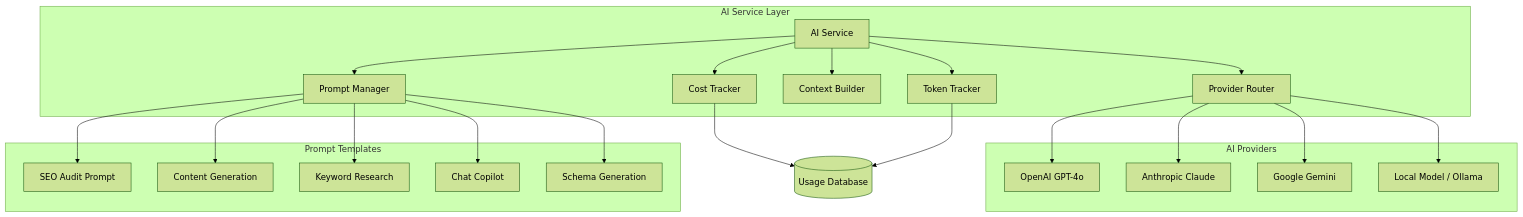
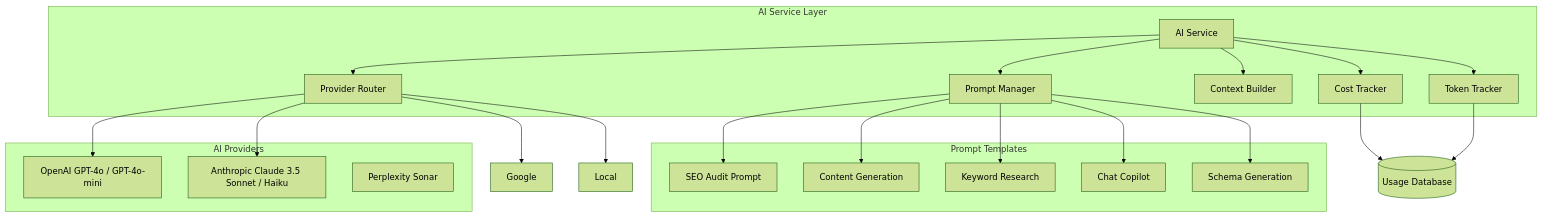
One commit to girishlade111/SEO-tool-AI changed the fifth of 6 diagrams in DESIGN.md. Above: the diagram before and after it, drawn with Mermaid (forest theme).

Commit message:
docs: update architectural design documentation for SEO tool enhancements

````diff
--- a/DESIGN.md
+++ b/DESIGN.md
@@ -1100,43 +1100,42 @@
 ```mermaid
 flowchart TD
     subgraph "AI Service Layer"
         AIService[AI Service]
         ProviderRouter[Provider Router]
         PromptManager[Prompt Manager]
         ContextBuilder[Context Builder]
         CostTracker[Cost Tracker]
         TokenTracker[Token Tracker]
     end
     
     subgraph "AI Providers"
-        OpenAI[OpenAI GPT-4o]
-        Anthropic[Anthropic Claude]
-        Google[Google Gemini]
-        Local[Local Model / Ollama]
+        OpenAI[OpenAI GPT-4o / GPT-4o-mini]
+        Anthropic[Anthropic Claude 3.5 Sonnet / Haiku]
+        Perplexity[Perplexity Sonar]
     end
     
     subgraph "Prompt Templates"
         AuditPrompt[SEO Audit Prompt]
         ContentGen[Content Generation]
         KeywordRes[Keyword Research]
         ChatPrompt[Chat Copilot]
         SchemaGen[Schema Generation]
     end
     
     AIService --> ProviderRouter
     ProviderRouter --> OpenAI
     ProviderRouter --> Anthropic
     ProviderRouter --> Google
     ProviderRouter --> Local
     AIService --> PromptManager
     PromptManager --> AuditPrompt
     PromptManager --> ContentGen
     PromptManager --> KeywordRes
     PromptManager --> ChatPrompt
     PromptManager --> SchemaGen
     AIService --> ContextBuilder
     AIService --> CostTracker
     AIService --> TokenTracker
     CostTracker --> UsageDB[(Usage Database)]
     TokenTracker --> UsageDB
 ```
````
